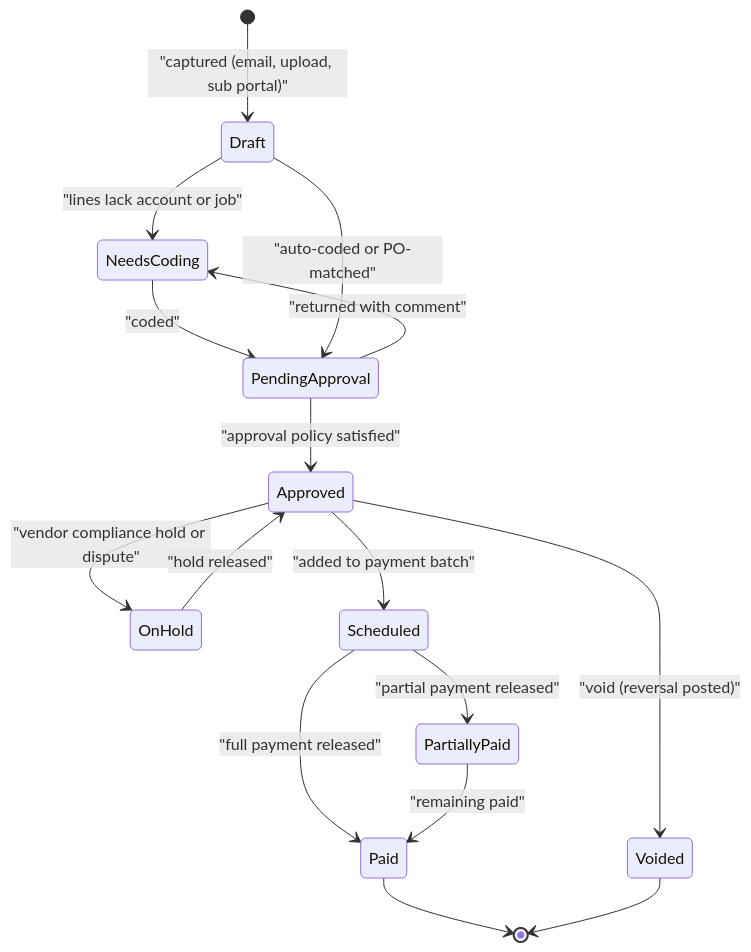
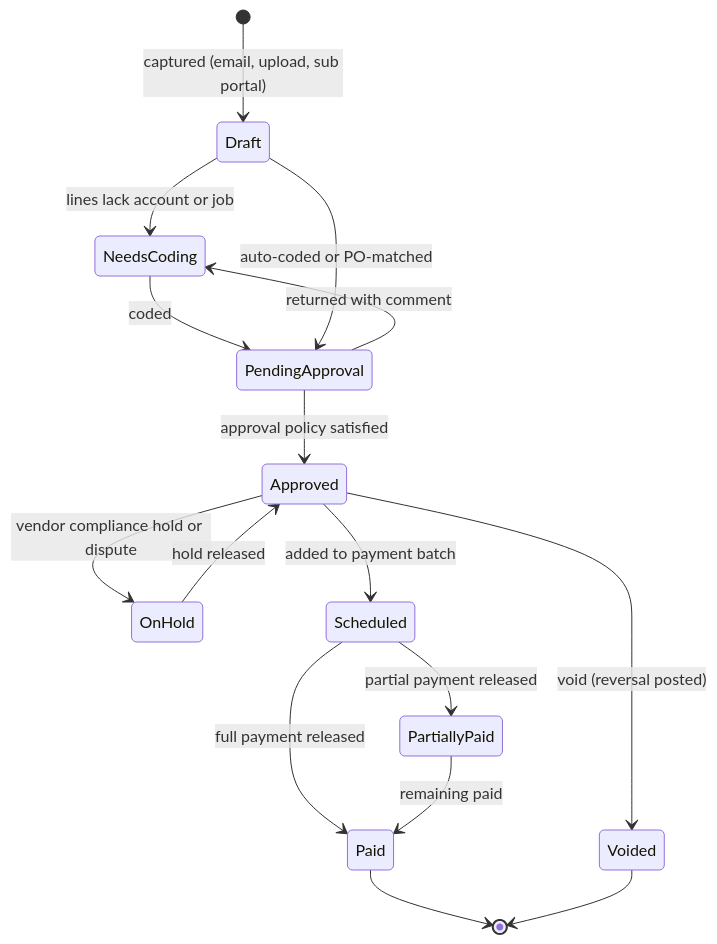
The third of 16 diagrams in docs/09-accounting-ledger-integrations.md (jdinard/landscape), drawn with Mermaid before and after one commit. The commit also changed other lines of this file and 13 other files, not shown here.

````diff
--- a/docs/09-accounting-ledger-integrations.md
+++ b/docs/09-accounting-ledger-integrations.md
@@ -974,18 +986,18 @@
 ```mermaid
 stateDiagram-v2
-    [*] --> Draft: "captured (email, upload, sub portal)"
-    Draft --> NeedsCoding: "lines lack account or job"
-    NeedsCoding --> PendingApproval: "coded"
-    Draft --> PendingApproval: "auto-coded or PO-matched"
-    PendingApproval --> Approved: "approval policy satisfied"
-    PendingApproval --> NeedsCoding: "returned with comment"
-    Approved --> OnHold: "vendor compliance hold or dispute"
-    OnHold --> Approved: "hold released"
-    Approved --> Scheduled: "added to payment batch"
-    Scheduled --> PartiallyPaid: "partial payment released"
-    Scheduled --> Paid: "full payment released"
-    PartiallyPaid --> Paid: "remaining paid"
-    Approved --> Voided: "void (reversal posted)"
+    [*] --> Draft: captured (email, upload, sub portal)
+    Draft --> NeedsCoding: lines lack account or job
+    NeedsCoding --> PendingApproval: coded
+    Draft --> PendingApproval: auto-coded or PO-matched
+    PendingApproval --> Approved: approval policy satisfied
+    PendingApproval --> NeedsCoding: returned with comment
+    Approved --> OnHold: vendor compliance hold or dispute
+    OnHold --> Approved: hold released
+    Approved --> Scheduled: added to payment batch
+    Scheduled --> PartiallyPaid: partial payment released
+    Scheduled --> Paid: full payment released
+    PartiallyPaid --> Paid: remaining paid
+    Approved --> Voided: void (reversal posted)
     Paid --> [*]
     Voided --> [*]
 ```
````
